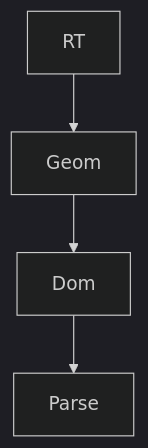
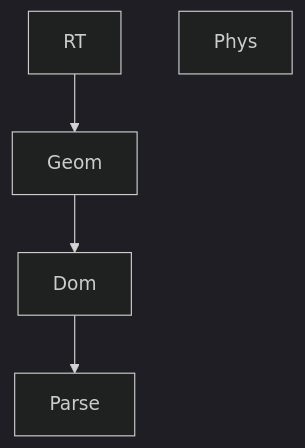
The diagram in README.md (FreddyWordingham/arctk), drawn with Mermaid (dark theme) before and after one commit. The commit also changed 1 other file, not shown here.

Commit message:
Added serialisation to TreeBuilder struct

````diff
--- a/README.md
+++ b/README.md
@@ -34,6 +34,7 @@
 ```mermaid
 graph TD;
     RT-->Geom;
     Geom-->Dom;
     Dom-->Parse;
+    Phys;
 ```
````
